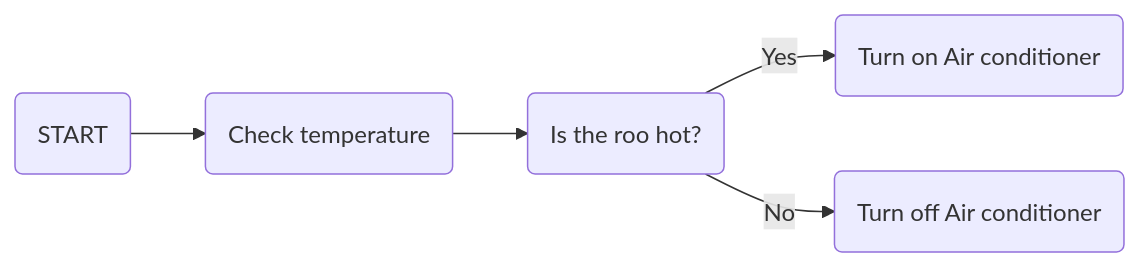
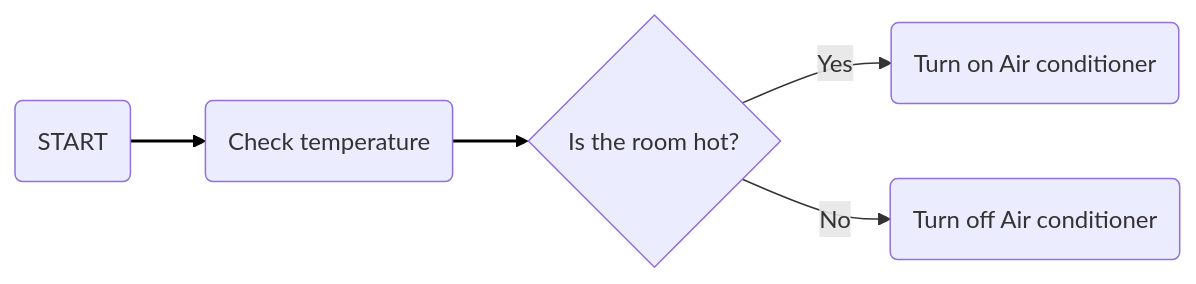
The first of 3 diagrams in readme.md (aramlee12/engdocu), drawn with Mermaid before and after one commit.

Commit message:
Update readme.md
background for arrows in flow diagram

````diff
--- a/readme.md
+++ b/readme.md
@@ -5,7 +5,12 @@
 ```mermaid
 graph LR;
 A(START) --> B(Check temperature);
-B-->C(Is the roo hot?)
+B-->C{Is the room hot?}
 C-->|Yes|D(Turn on Air conditioner)
 C-->|No|E(Turn off Air conditioner)
+
+classDef whiteBackground fill:#FFFFFF,color:#000,stroke-width:0px;
+linkStyle 0,1 stroke:#000,stroke-width:2px;
+class Yes whiteBackground;
+class No whiteBackground;
 ```
````
